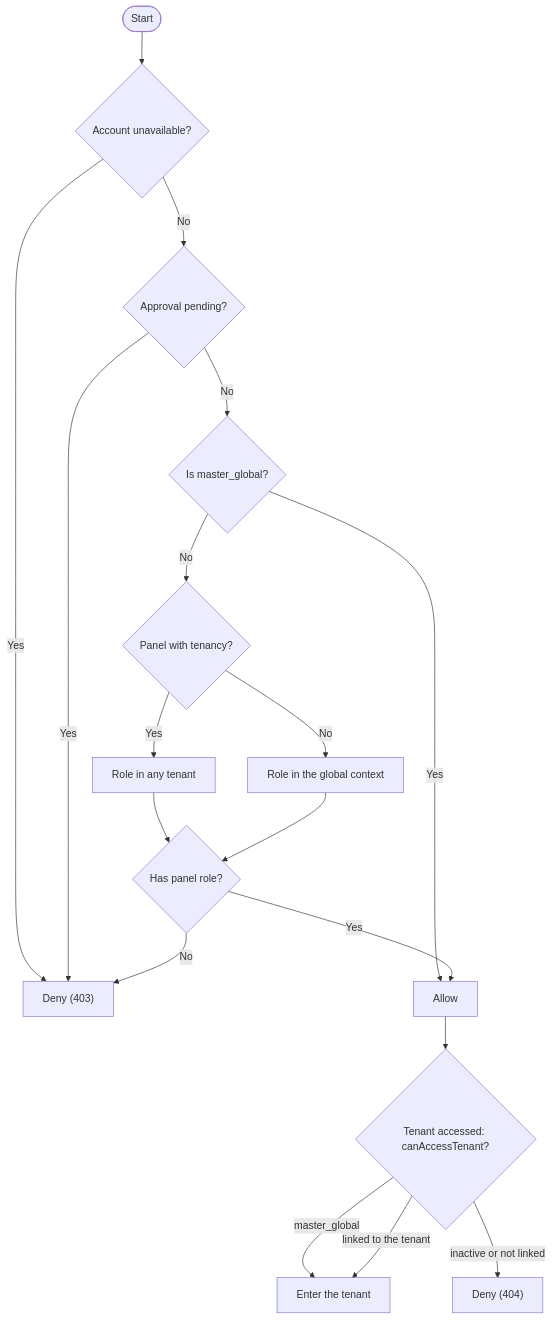
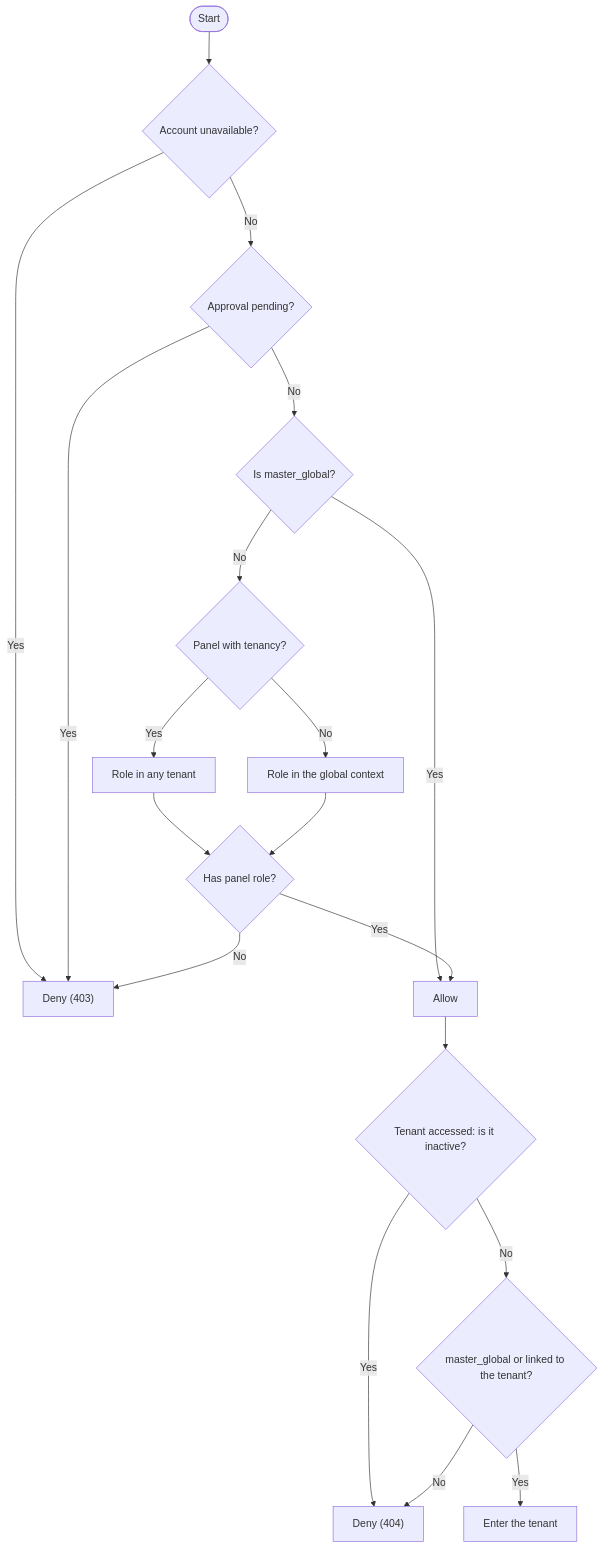
Before and after one commit to gsferro/filament-starter-kit-easy: the third of 4 diagrams in docs/en/referencia/arquitetura-em-diagramas.md, drawn with Mermaid. The commit also changed other lines of this file and 7 other files, not shown here.

First line of the commit message:
:bug: fix(docs): quatro diagramas que afirmavam o que o codigo nao faz

````diff
--- a/docs/en/referencia/arquitetura-em-diagramas.md
+++ b/docs/en/referencia/arquitetura-em-diagramas.md
@@ -127,23 +127,24 @@
 ```mermaid
 flowchart TD
 %% DG-03
 accTitle: Panel access rule
 accDescr: The decision order of canAccessPanel, from account unavailability to the role check, and the canAccessTenant extension when the panel uses multi-tenancy under KIT_TENANCY.
   inicio(["Start"]) --> checa_indisponivel{"Account unavailable?"}
   checa_indisponivel -->|"Yes"| nega_403["Deny (403)"]
   checa_indisponivel -->|"No"| checa_pendente{"Approval pending?"}
   checa_pendente -->|"Yes"| nega_403
   checa_pendente -->|"No"| checa_master{"Is master_global?"}
   checa_master -->|"Yes"| permite["Allow"]
   checa_master -->|"No"| checa_contexto{"Panel with tenancy?"}
   checa_contexto -->|"Yes"| papel_em_alguma["Role in any tenant"]
   checa_contexto -->|"No"| papel_global["Role in the global context"]
   papel_em_alguma --> checa_papel{"Has panel role?"}
   papel_global --> checa_papel
   checa_papel -->|"Yes"| permite
   checa_papel -->|"No"| nega_403
-  permite --> checa_tenant{"Tenant accessed: canAccessTenant?"}
-  checa_tenant -->|"master_global"| permite_tenant["Enter the tenant"]
-  checa_tenant -->|"linked to the tenant"| permite_tenant
-  checa_tenant -->|"inactive or not linked"| nega_404["Deny (404)"]
+  permite --> checa_tenant{"Tenant accessed: is it inactive?"}
+  checa_tenant -->|"Yes"| nega_404["Deny (404)"]
+  checa_tenant -->|"No"| checa_vinculo{"master_global or linked to the tenant?"}
+  checa_vinculo -->|"Yes"| permite_tenant["Enter the tenant"]
+  checa_vinculo -->|"No"| nega_404
 ```
````
